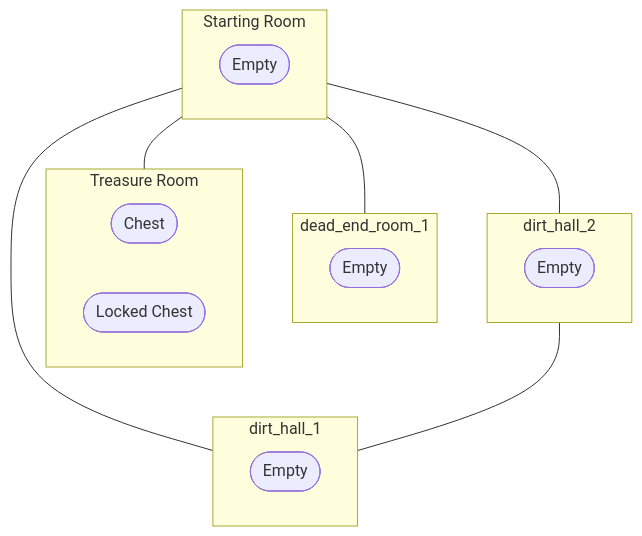
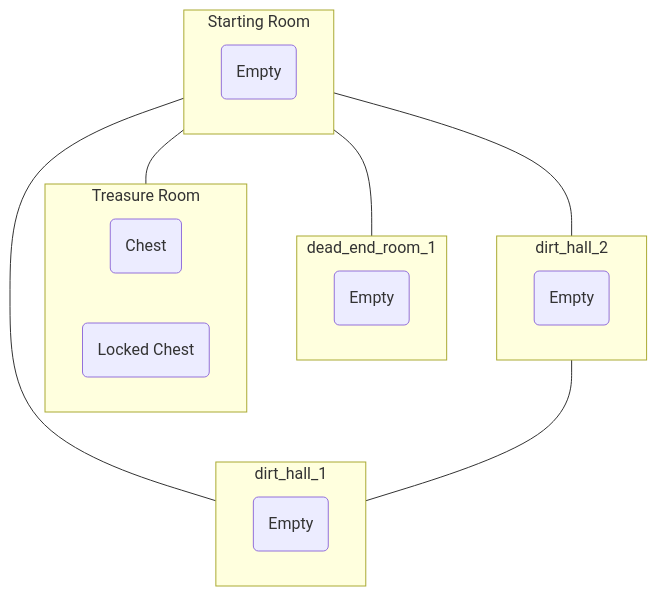
The diagram in data/worlds/test_world.md (kjkondratuk/goblins-and-gold), drawn with Mermaid before and after one commit.

````diff
--- a/data/worlds/test_world.md
+++ b/data/worlds/test_world.md
@@ -10,24 +10,24 @@
 ```mermaid
 flowchart TD
     subgraph starting_room [Starting Room]
-        sr_empty([Empty])
+        sr_empty(Empty)
     end
     starting_room---dead_end_room_1
     subgraph dead_end_room_1
-        der1_empty([Empty])
+        der1_empty(Empty)
     end
     starting_room---treasure_room_1
     subgraph treasure_room_1 [Treasure Room]
-        tr1_chest([Chest])
-        tr1_locked_chest([Locked Chest])
+        tr1_chest(Chest)
+        tr1_locked_chest(Locked Chest)
     end
     starting_room---dirt_hall_2
     subgraph dirt_hall_2
-        dh2_empty([Empty])
+        dh2_empty(Empty)
     end
     starting_room---dirt_hall_1
     subgraph dirt_hall_1
-        dh1_empty([Empty])
+        dh1_empty(Empty)
     end
     dirt_hall_2---dirt_hall_1
 ```
````
